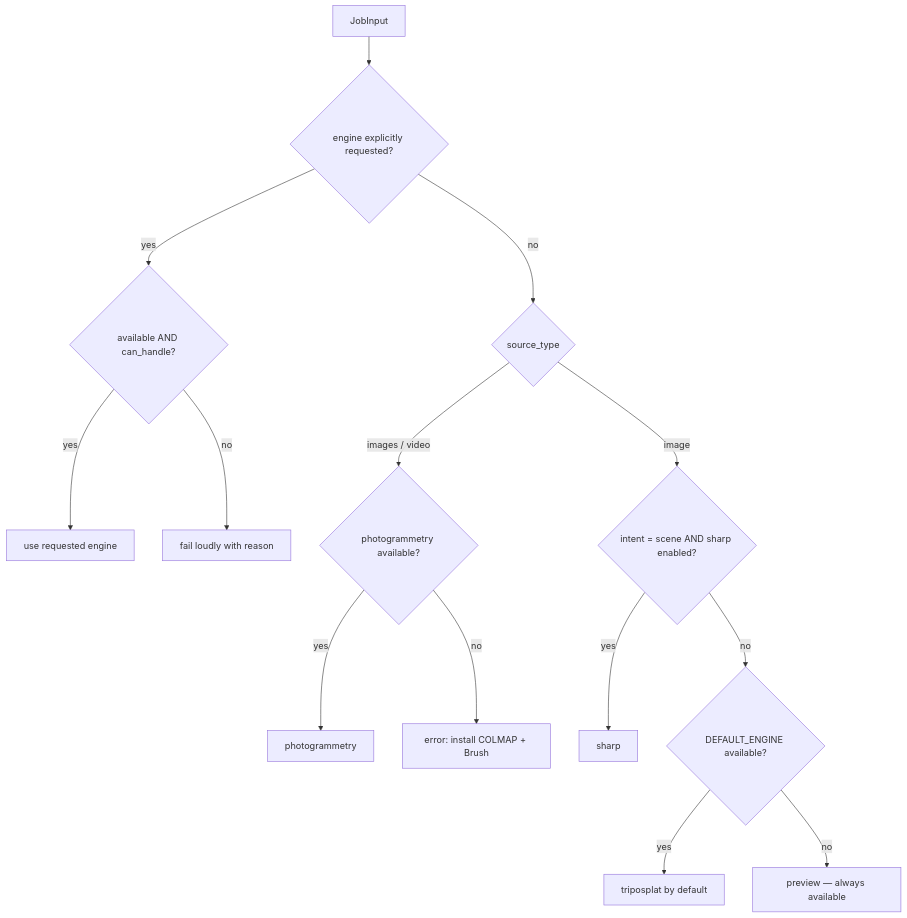
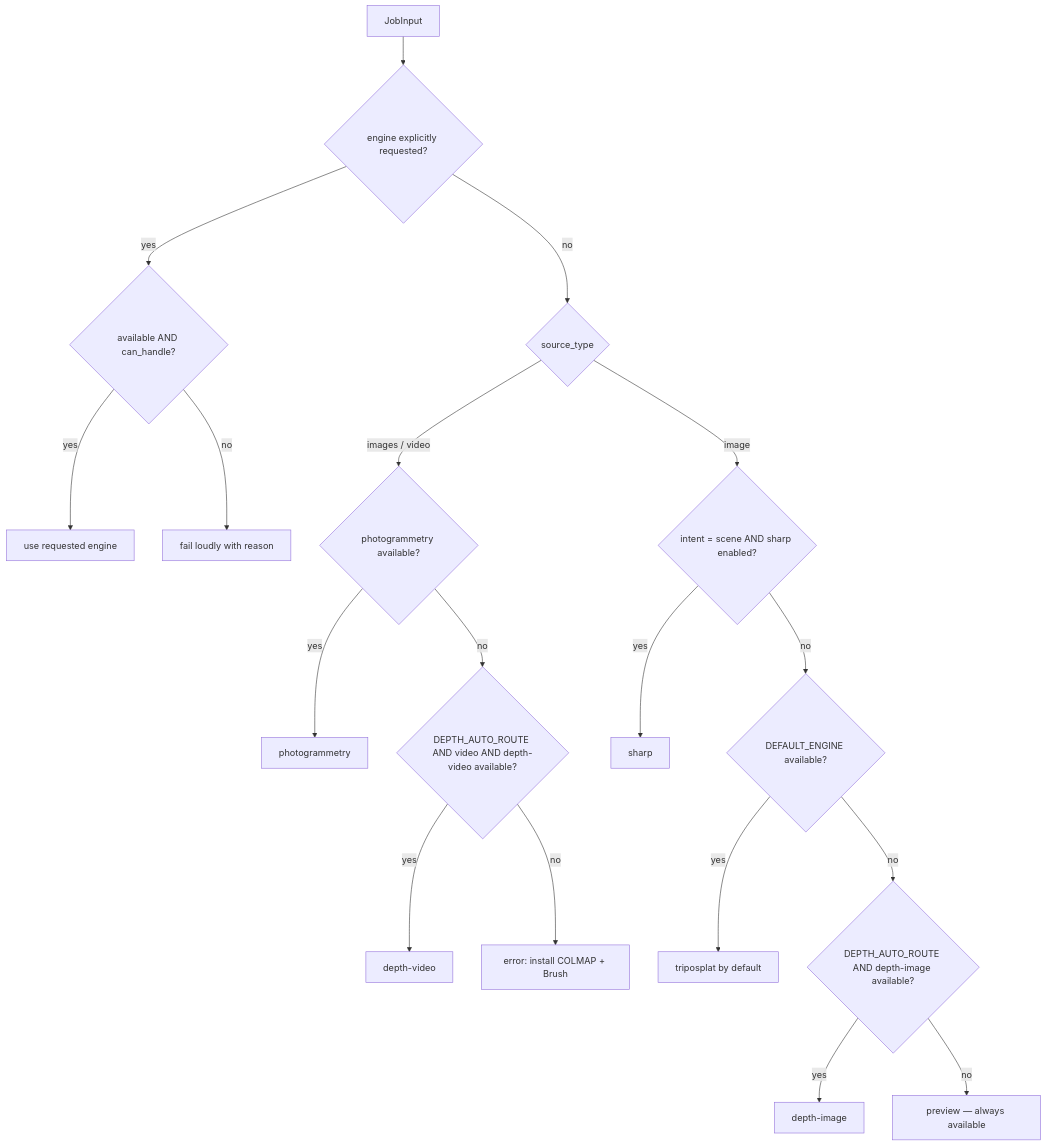
One commit to companionintelligence/CI-Spatial-Photo changed the third of 4 diagrams in docs/API.md. Above: the diagram before and after it, drawn with Mermaid. The commit also changed other lines of this file and 61 other files, not shown here.

````diff
--- a/docs/API.md
+++ b/docs/API.md
@@ -74,16 +74,20 @@
 ```mermaid
 flowchart TD
     A[JobInput] --> B{engine explicitly requested?}
     B -- yes --> C{available AND can_handle?}
     C -- yes --> C1[use requested engine]
     C -- no --> C2[fail loudly with reason]
     B -- no --> D{source_type}
     D -- images / video --> E{photogrammetry available?}
     E -- yes --> E1[photogrammetry]
-    E -- no --> E2[error: install COLMAP + Brush]
+    E -- no --> E3{DEPTH_AUTO_ROUTE AND video AND depth-video available?}
+    E3 -- yes --> E4[depth-video]
+    E3 -- no --> E2[error: install COLMAP + Brush]
     D -- image --> F{intent = scene AND sharp enabled?}
     F -- yes --> F1[sharp]
     F -- no --> G{DEFAULT_ENGINE available?}
     G -- yes --> G1[triposplat by default]
-    G -- no --> H[preview — always available]
+    G -- no --> G2{DEPTH_AUTO_ROUTE AND depth-image available?}
+    G2 -- yes --> G3[depth-image]
+    G2 -- no --> H[preview — always available]
 ```
````
